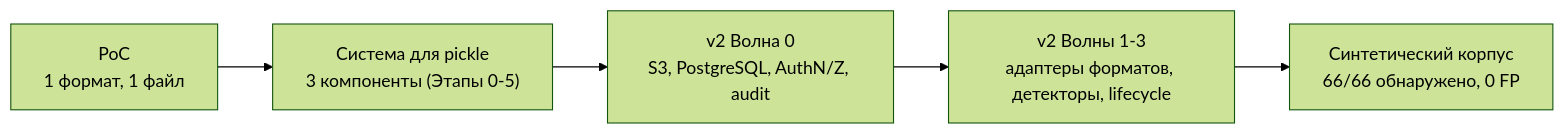
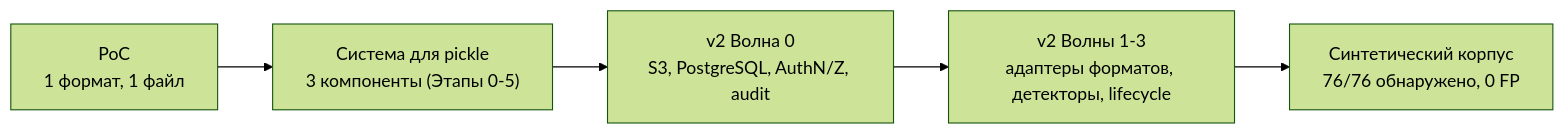
The diagram in README.md (pol4/MLScan), drawn with Mermaid (forest theme) before and after one commit. The commit also changed other lines of this file and 47 other files, not shown here.

````diff
--- a/README.md
+++ b/README.md
@@ -32,7 +32,7 @@
 ```mermaid
 flowchart LR
   P["PoC<br/>1 формат, 1 файл"] --> S["Система для pickle<br/>3 компоненты (Этапы 0-5)"]
   S --> V0["v2 Волна 0<br/>S3, PostgreSQL, AuthN/Z, audit"]
   V0 --> V1["v2 Волны 1-3<br/>адаптеры форматов, детекторы, lifecycle"]
-  V1 --> T["Синтетический корпус<br/>66/66 обнаружено, 0 FP"]
+  V1 --> T["Синтетический корпус<br/>76/76 обнаружено, 0 FP"]
 ```
````
